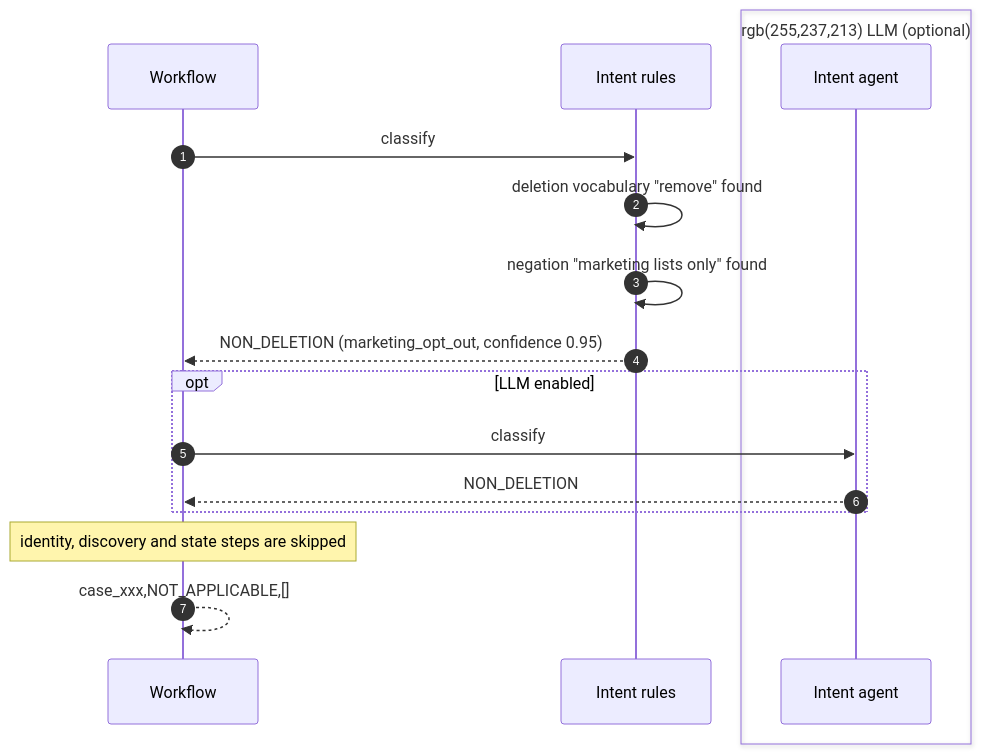
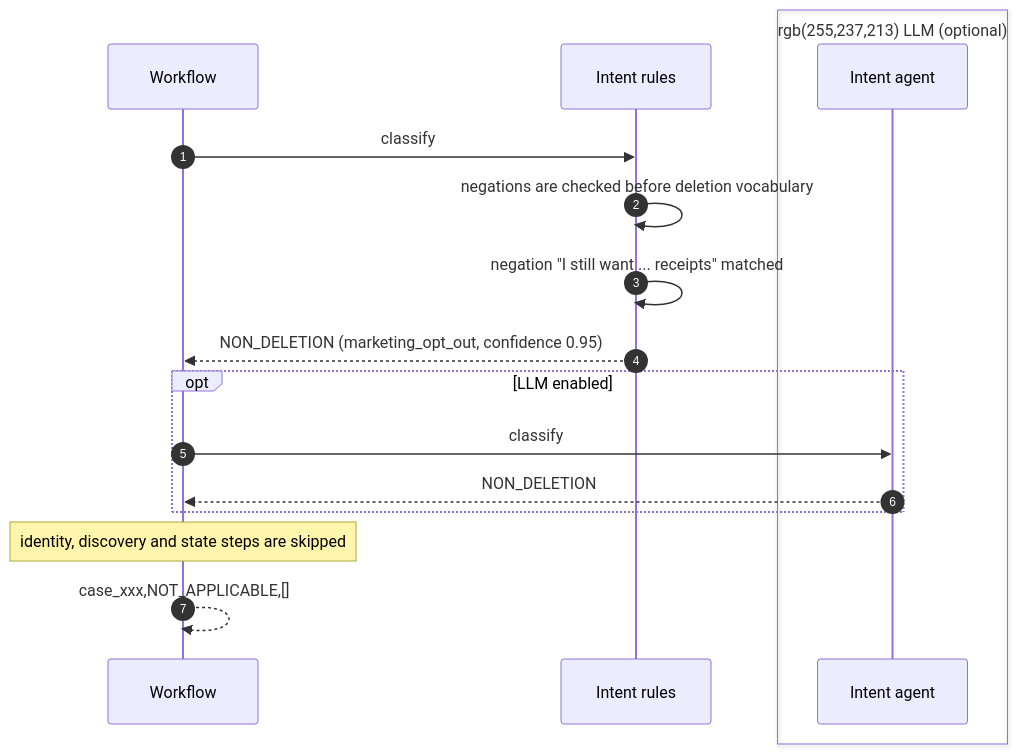
Before and after one commit to rtnsht/hackerrank-orchestrate-october26: the eighth of 14 diagrams in code/docs/ARCHITECTURE.md, drawn with Mermaid. The commit also changed other lines of this file and 20 other files, not shown here.

````diff
--- a/code/docs/ARCHITECTURE.md
+++ b/code/docs/ARCHITECTURE.md
@@ -488,19 +508,19 @@
 ```mermaid
 sequenceDiagram
     autonumber
     participant W as Workflow
     participant R as Intent rules
     box rgb(255,237,213) LLM (optional)
     participant IA as Intent agent
     end
     W->>R: classify
-    R->>R: deletion vocabulary "remove" found
-    R->>R: negation "marketing lists only" found
+    R->>R: negations are checked before deletion vocabulary
+    R->>R: negation "I still want ... receipts" matched
     R-->>W: NON_DELETION (marketing_opt_out, confidence 0.95)
     opt LLM enabled
         W->>IA: classify
         IA-->>W: NON_DELETION
     end
     Note over W: identity, discovery and state steps are skipped
     W-->>W: case_xxx,NOT_APPLICABLE,[]
 ```
````
